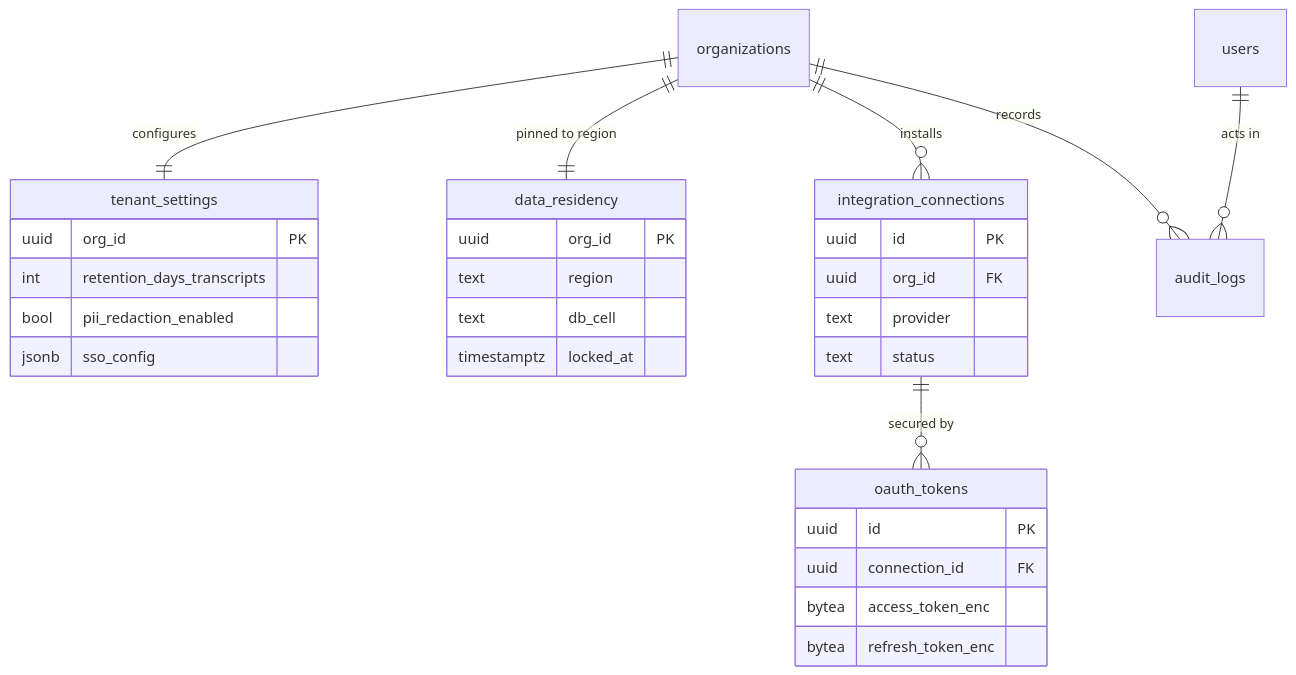
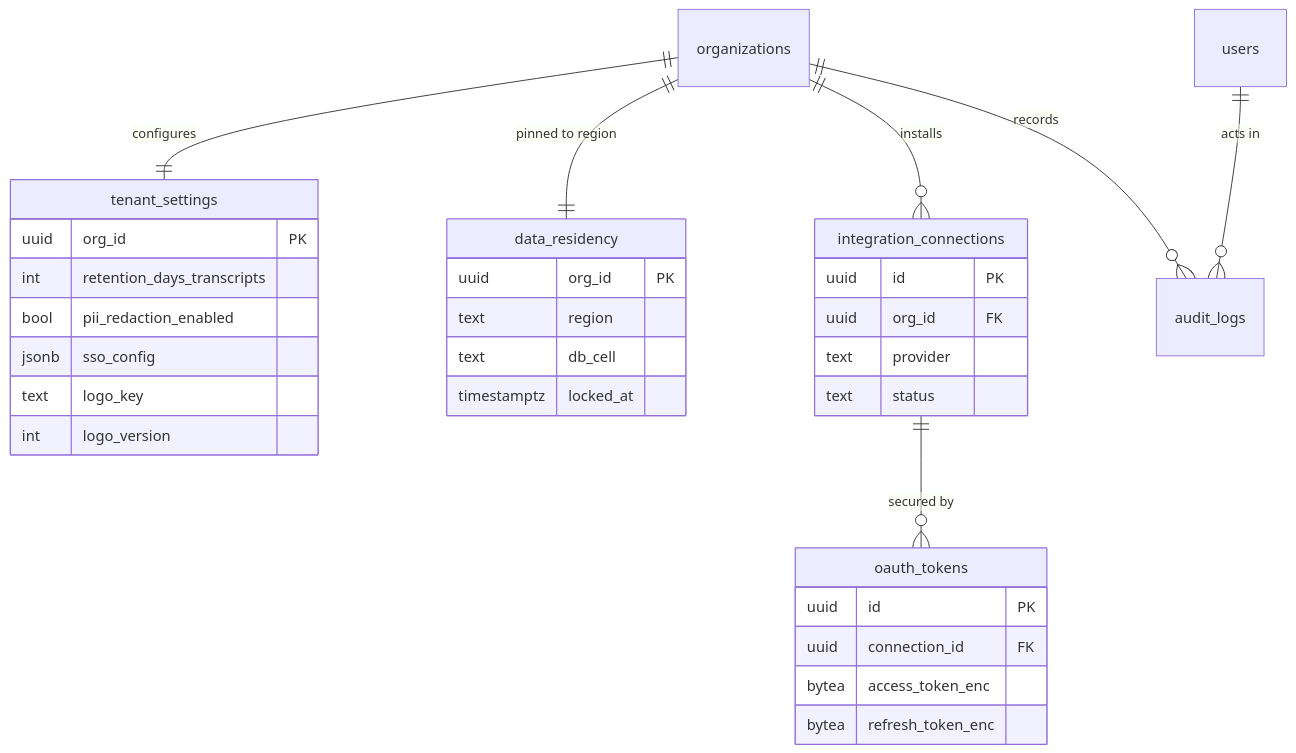
One commit to Mytheus-AI/mytheus-docs changed the third of 7 diagrams in _canon/02-data-model.md. Above: the diagram before and after it, drawn with Mermaid. The commit also changed other lines of this file and 6 other files, not shown here.

````diff
--- a/_canon/02-data-model.md
+++ b/_canon/02-data-model.md
@@ -212,33 +212,35 @@
 ```mermaid
 erDiagram
   organizations ||--|| tenant_settings : "configures"
   organizations ||--|| data_residency : "pinned to region"
   organizations ||--o{ integration_connections : "installs"
   integration_connections ||--o{ oauth_tokens : "secured by"
   organizations ||--o{ audit_logs : "records"
   users ||--o{ audit_logs : "acts in"
   tenant_settings {
     uuid org_id PK
     int retention_days_transcripts
     bool pii_redaction_enabled
     jsonb sso_config
+    text logo_key
+    int logo_version
   }
   data_residency {
     uuid org_id PK
     text region
     text db_cell
     timestamptz locked_at
   }
   integration_connections {
     uuid id PK
     uuid org_id FK
     text provider
     text status
   }
   oauth_tokens {
     uuid id PK
     uuid connection_id FK
     bytea access_token_enc
     bytea refresh_token_enc
   }
 ```
````
